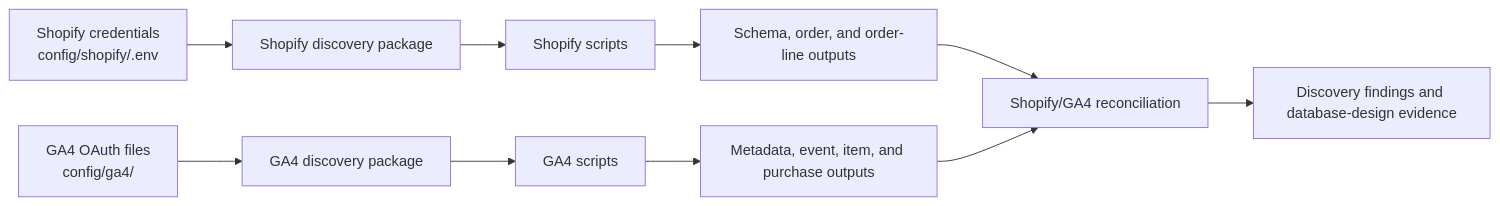
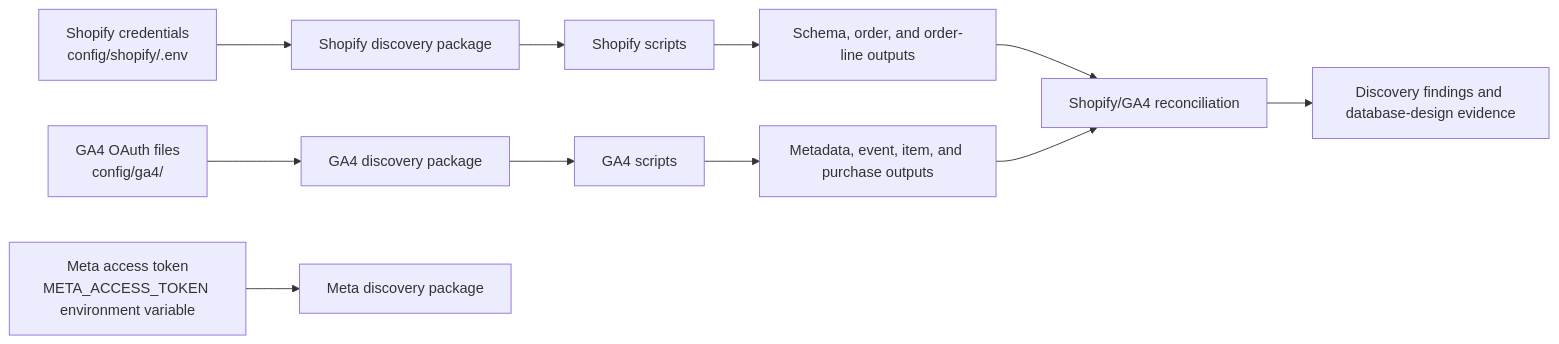
The diagram in README.md (Mon711/product-intelligence-discovery), drawn with Mermaid before and after one commit. The commit also changed other lines of this file and 3 other files, not shown here.

````diff
--- a/README.md
+++ b/README.md
@@ -131,12 +136,13 @@
 ```mermaid
 flowchart LR
     SC["Shopify credentials<br/>config/shopify/.env"] --> SP["Shopify discovery package"]
     GC["GA4 OAuth files<br/>config/ga4/"] --> GP["GA4 discovery package"]
+    MC["Meta access token<br/>META_ACCESS_TOKEN environment variable"] --> MP["Meta discovery package"]
     SP --> SS["Shopify scripts"]
     GP --> GS["GA4 scripts"]
     SS --> SO["Schema, order, and order-line outputs"]
     GS --> GO["Metadata, event, item, and purchase outputs"]
     SO --> R["Shopify/GA4 reconciliation"]
     GO --> R
     R --> E["Discovery findings and database-design evidence"]
 ```
````
